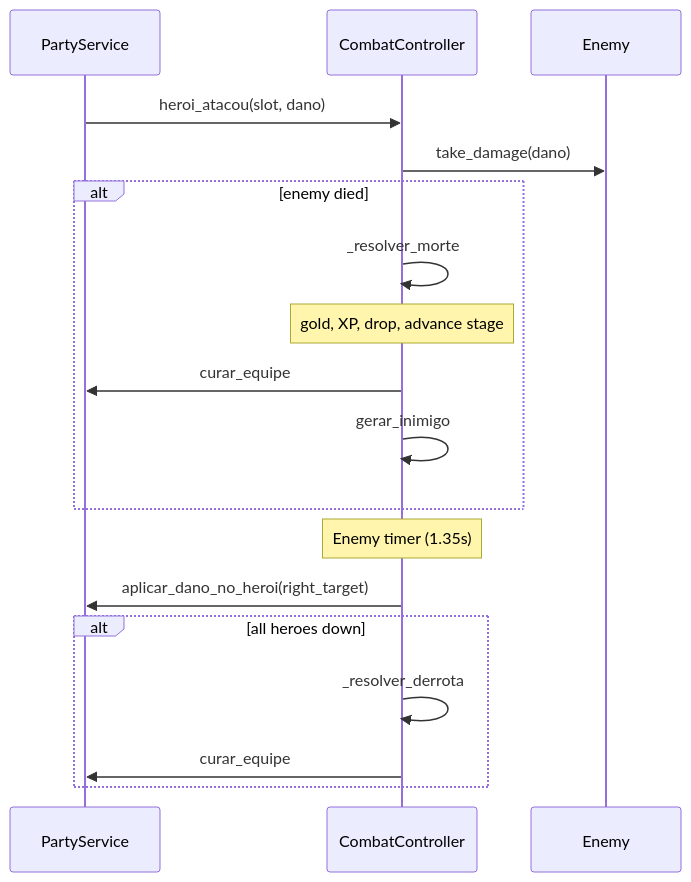
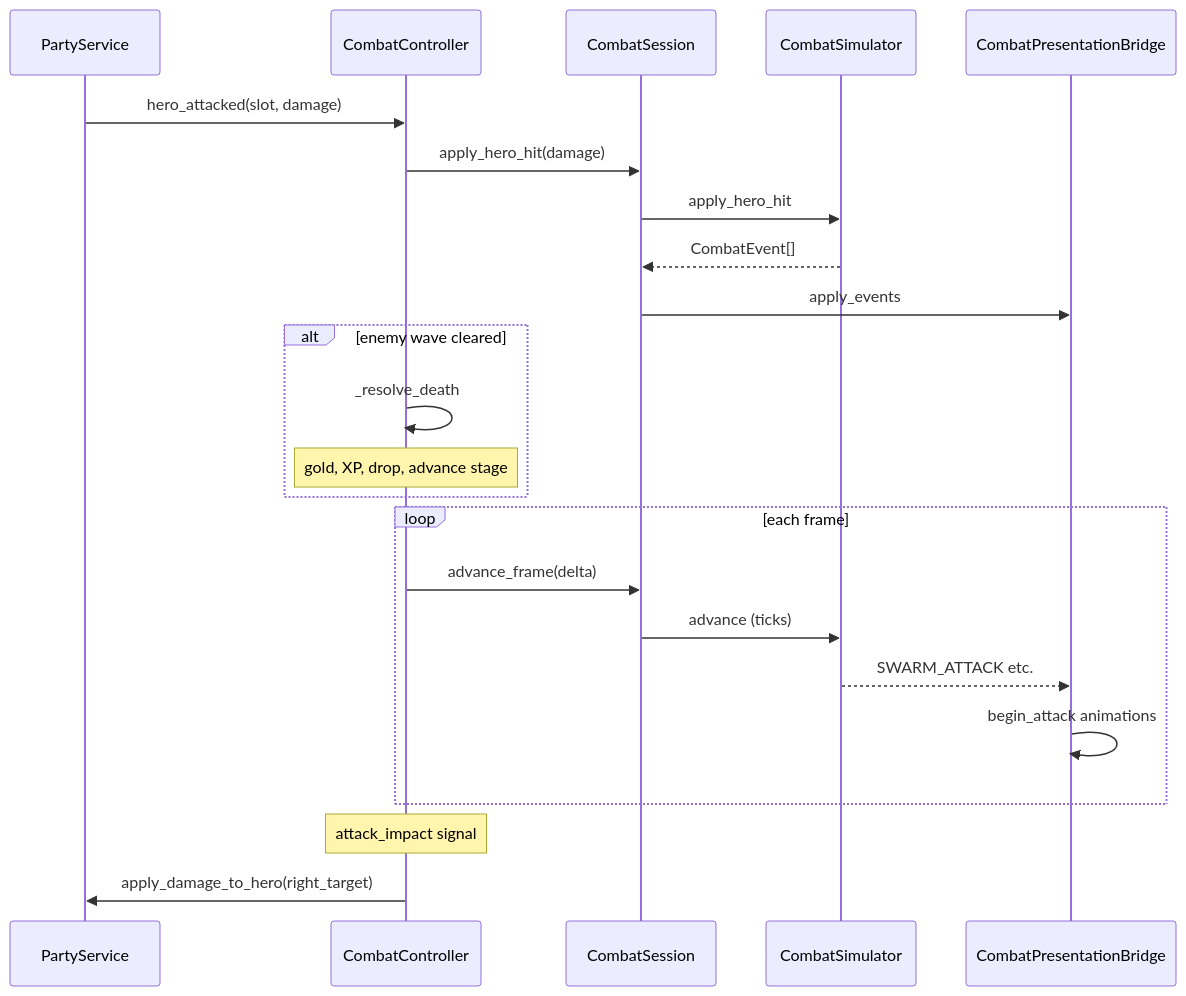
One commit to JoseVictorVicente/StickmanGame-Godot changed the diagram in docs/architecture/combat.md. Above: the diagram before and after it, drawn with Mermaid. The commit also changed other lines of this file and 44 other files, not shown here.

````diff
--- a/docs/architecture/combat.md
+++ b/docs/architecture/combat.md
@@ -58,22 +84,28 @@
 ```mermaid
 sequenceDiagram
 	participant PM as PartyService
 	participant CC as CombatController
-	participant EN as Enemy
+	participant CS as CombatSession
+	participant SIM as CombatSimulator
+	participant BR as CombatPresentationBridge
 
-	PM->>CC: heroi_atacou(slot, dano)
-	CC->>EN: take_damage(dano)
-	alt enemy died
-		CC->>CC: _resolver_morte
+	PM->>CC: hero_attacked(slot, damage)
+	CC->>CS: apply_hero_hit(damage)
+	CS->>SIM: apply_hero_hit
+	SIM-->>CS: CombatEvent[]
+	CS->>BR: apply_events
+	alt enemy wave cleared
+		CC->>CC: _resolve_death
 		Note over CC: gold, XP, drop, advance stage
-		CC->>PM: curar_equipe
-		CC->>CC: gerar_inimigo
 	end
 
-	Note over CC: Enemy timer (1.35s)
-	CC->>PM: aplicar_dano_no_heroi(right_target)
-	alt all heroes down
-		CC->>CC: _resolver_derrota
-		CC->>PM: curar_equipe
+	loop each frame
+		CC->>CS: advance_frame(delta)
+		CS->>SIM: advance (ticks)
+		SIM-->>BR: SWARM_ATTACK etc.
+		BR->>BR: begin_attack animations
 	end
+
+	Note over CC: attack_impact signal
+	CC->>PM: apply_damage_to_hero(right_target)
 ```
````
